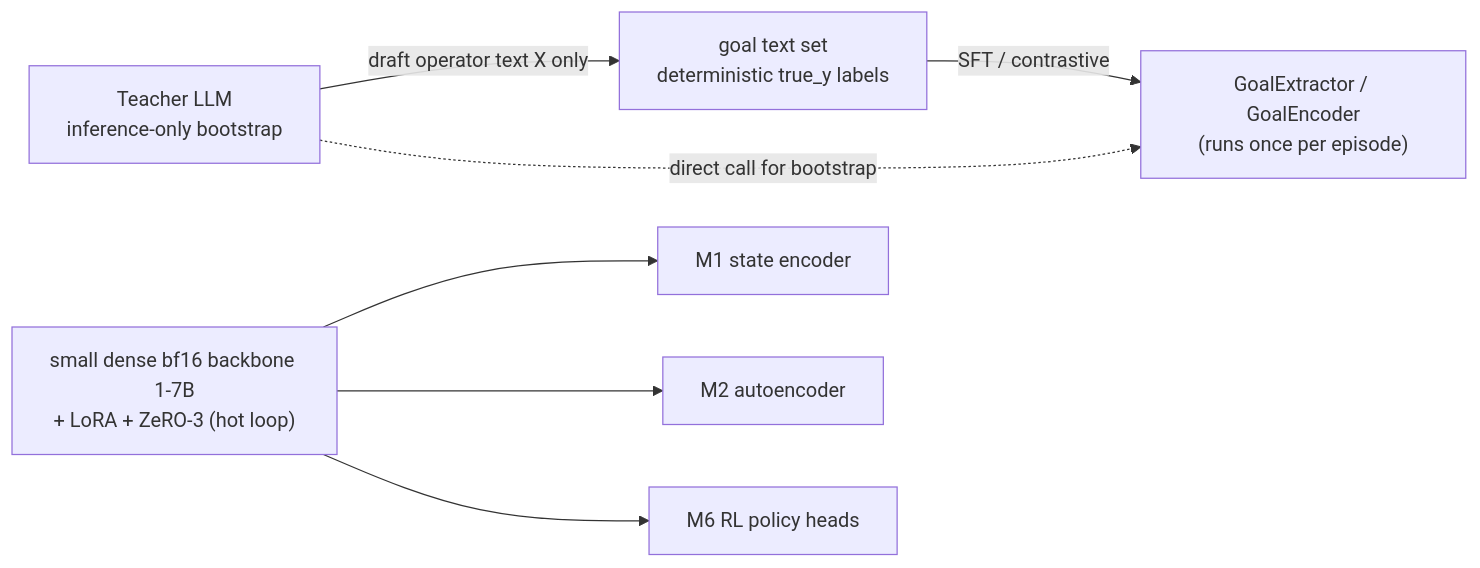
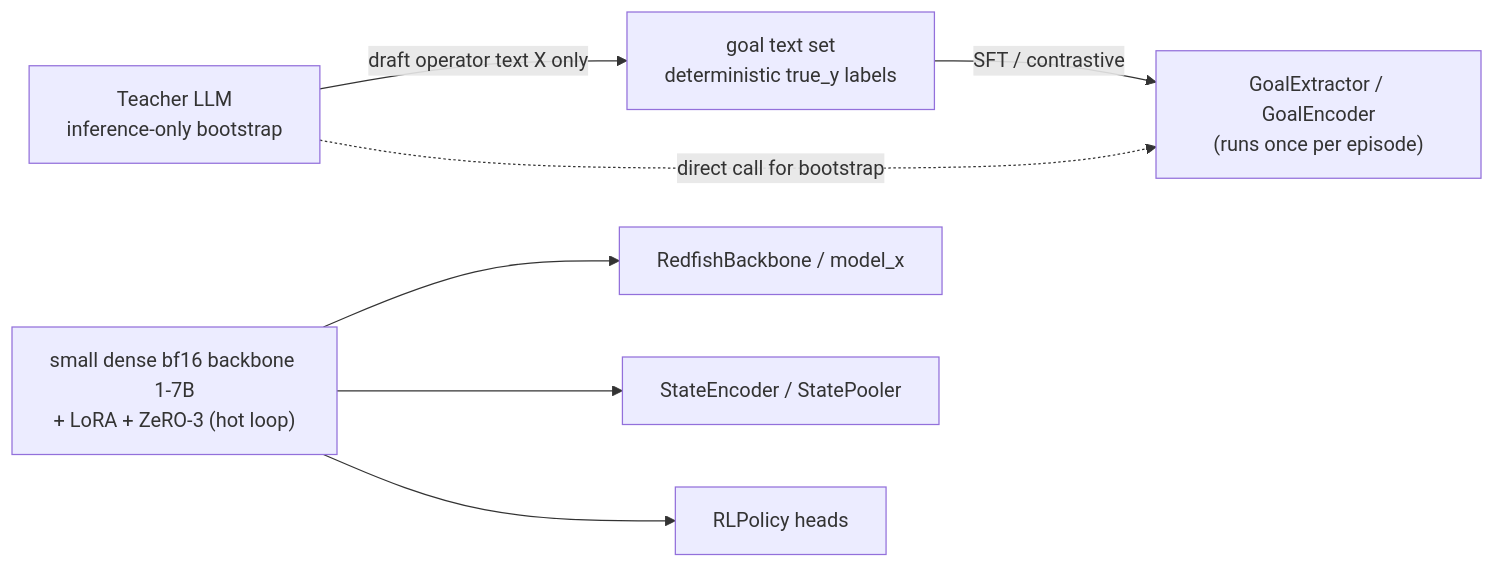
One commit to spyroot/igc changed the seventh of 8 diagrams in docs/ARCHITECTURE.md. Above: the diagram before and after it, drawn with Mermaid. The commit also changed other lines of this file and 22 other files, not shown here.

````diff
--- a/docs/ARCHITECTURE.md
+++ b/docs/ARCHITECTURE.md
@@ -504,11 +506,11 @@
 ```mermaid
 flowchart LR
     DS["Teacher LLM<br/>inference-only bootstrap"]
     DS -->|draft operator text X only| DISTILL["goal text set<br/>deterministic true_y labels"]
     DISTILL -->|SFT / contrastive| GEB["GoalExtractor / GoalEncoder<br/>(runs once per episode)"]
     SMALL["small dense bf16 backbone 1-7B<br/>+ LoRA + ZeRO-3 (hot loop)"]
-    SMALL --> M1["M1 state encoder"]
-    SMALL --> M2["M2 autoencoder"]
-    SMALL --> M6["M6 RL policy heads"]
+    SMALL --> RB["RedfishBackbone / model_x"]
+    SMALL --> SE["StateEncoder / StatePooler"]
+    SMALL --> RP["RLPolicy heads"]
     DS -.->|direct call for bootstrap| GEB
 ```
````
